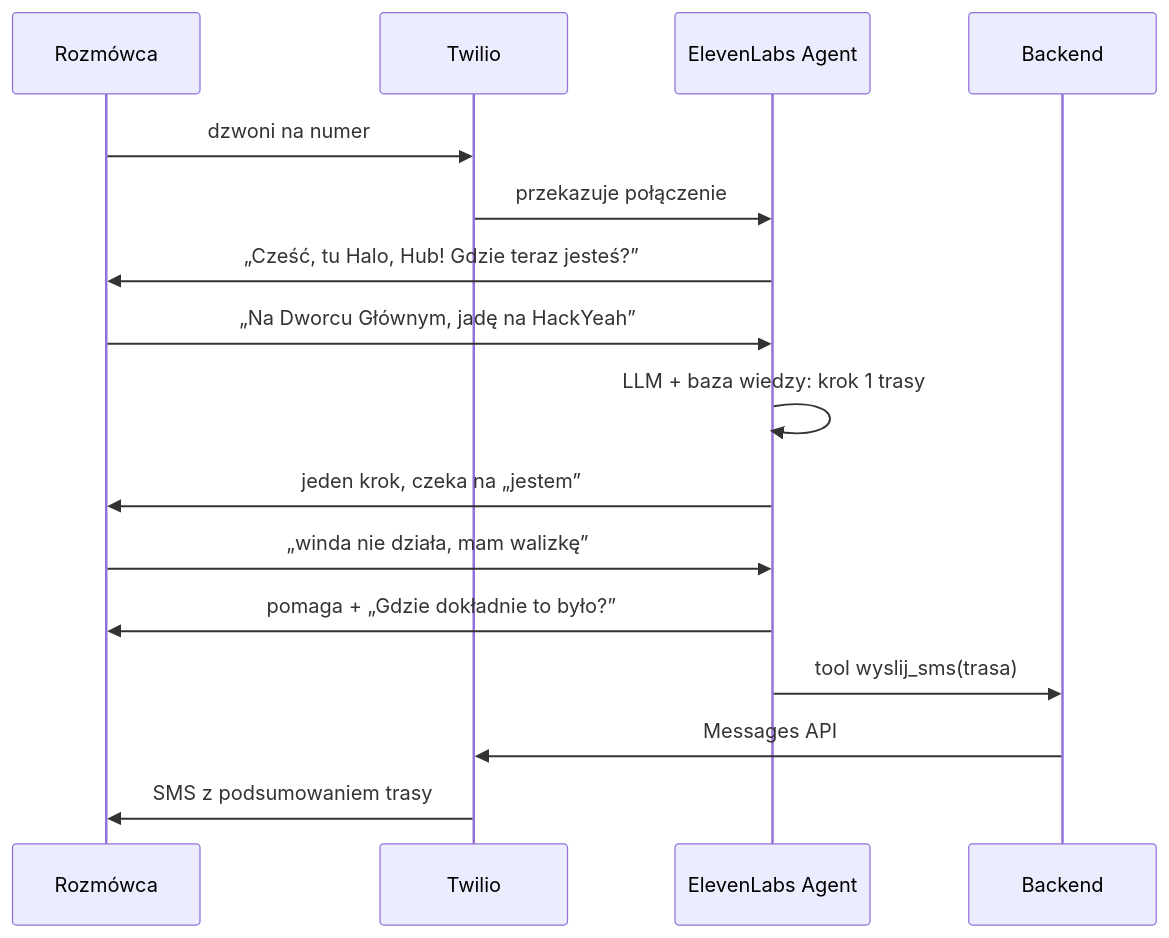
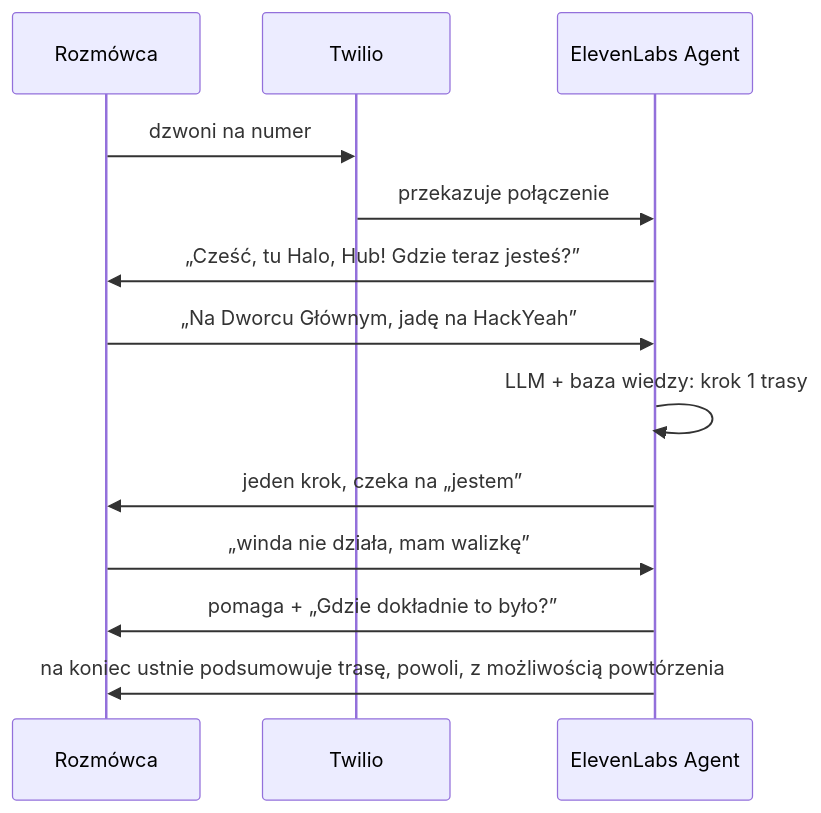
Before and after one commit to carrotly-technologies-2026/polish-stonks-bot: the second of 4 diagrams in PLAN.md, drawn with Mermaid. The commit also changed other lines of this file, not shown here.

First line of the commit message:
Drop SMS sending from the plan

````diff
--- a/PLAN.md
+++ b/PLAN.md
@@ -78,18 +75,15 @@
 ```mermaid
 sequenceDiagram
     participant U as Rozmówca
     participant T as Twilio
     participant E as ElevenLabs Agent
-    participant B as Backend
     U->>T: dzwoni na numer
     T->>E: przekazuje połączenie
     E->>U: „Cześć, tu Halo, Hub! Gdzie teraz jesteś?”
     U->>E: „Na Dworcu Głównym, jadę na HackYeah”
     E->>E: LLM + baza wiedzy: krok 1 trasy
     E->>U: jeden krok, czeka na „jestem”
     U->>E: „winda nie działa, mam walizkę”
     E->>U: pomaga + „Gdzie dokładnie to było?”
-    E->>B: tool wyslij_sms(trasa)
-    B->>T: Messages API
-    T->>U: SMS z podsumowaniem trasy
+    E->>U: na koniec ustnie podsumowuje trasę, powoli, z możliwością powtórzenia
 ```
````
